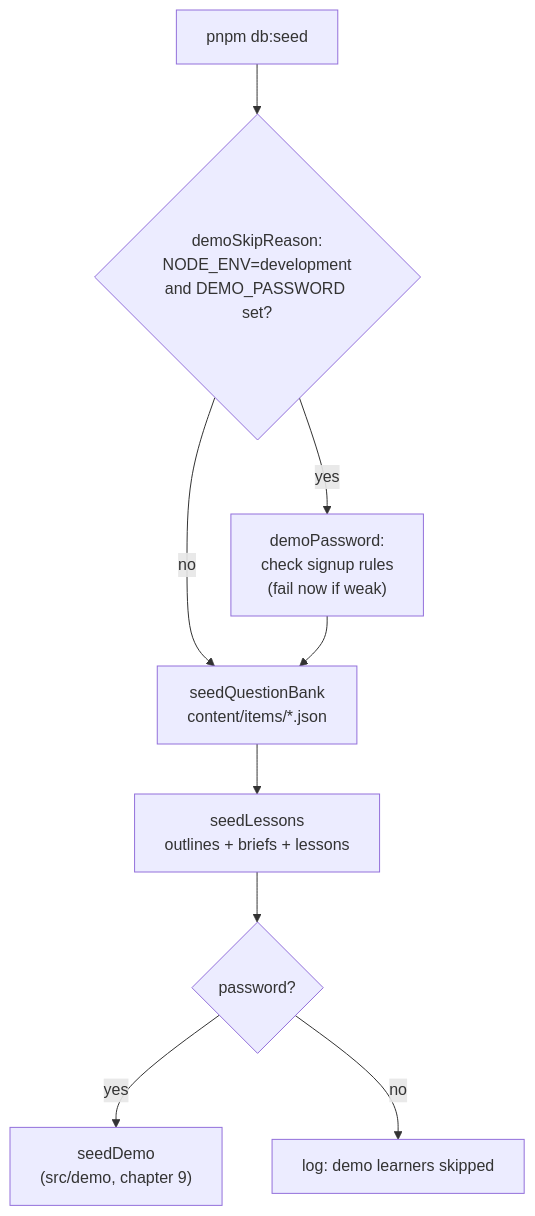
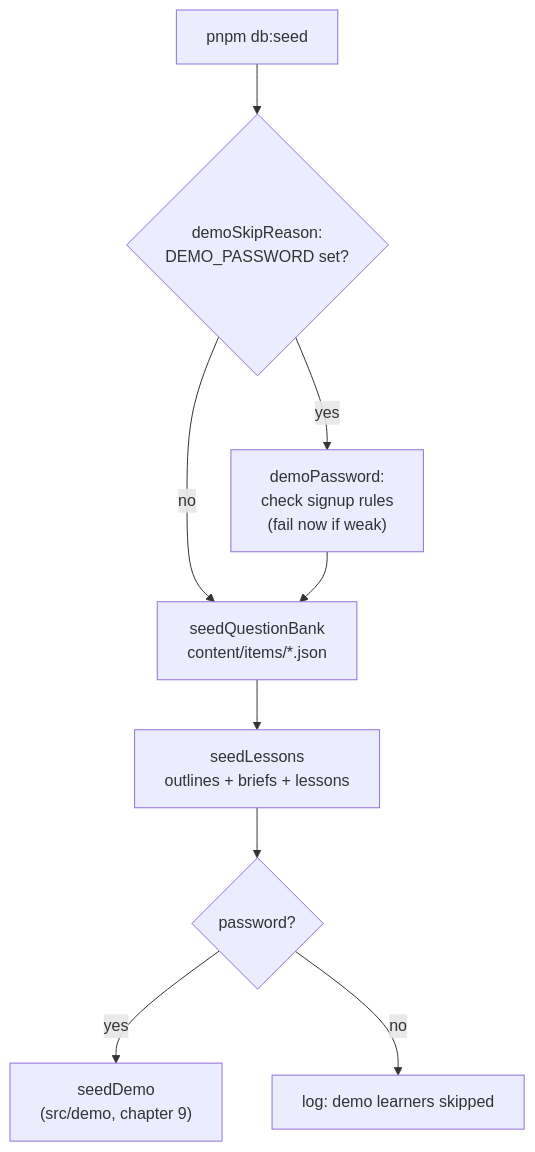
One commit to VictorBro/ft_transcendence changed the sixth of 6 diagrams in docs/api/04-database.md. Above: the diagram before and after it, drawn with Mermaid. The commit also changed other lines of this file and 223 other files, not shown here.

First line of the commit message:
feat: friend request count, password toggle, tutor key check, demo learners, deploy fixes (#237)

````diff
--- a/docs/api/04-database.md
+++ b/docs/api/04-database.md
@@ -982,11 +989,11 @@
 ```mermaid
 flowchart TD
-    S["pnpm db:seed"] --> P{"demoSkipReason:<br/>NODE_ENV=development<br/>and DEMO_PASSWORD set?"}
+    S["pnpm db:seed"] --> P{"demoSkipReason:<br/>DEMO_PASSWORD set?"}
     P -- "yes" --> PW["demoPassword:<br/>check signup rules<br/>(fail now if weak)"]
     P -- "no" --> Q
     PW --> Q["seedQuestionBank<br/>content/items/*.json"]
     Q --> L["seedLessons<br/>outlines + briefs + lessons"]
     L --> D{"password?"}
     D -- "yes" --> DM["seedDemo<br/>(src/demo, chapter 9)"]
     D -- "no" --> E["log: demo learners skipped"]
 ```
````
